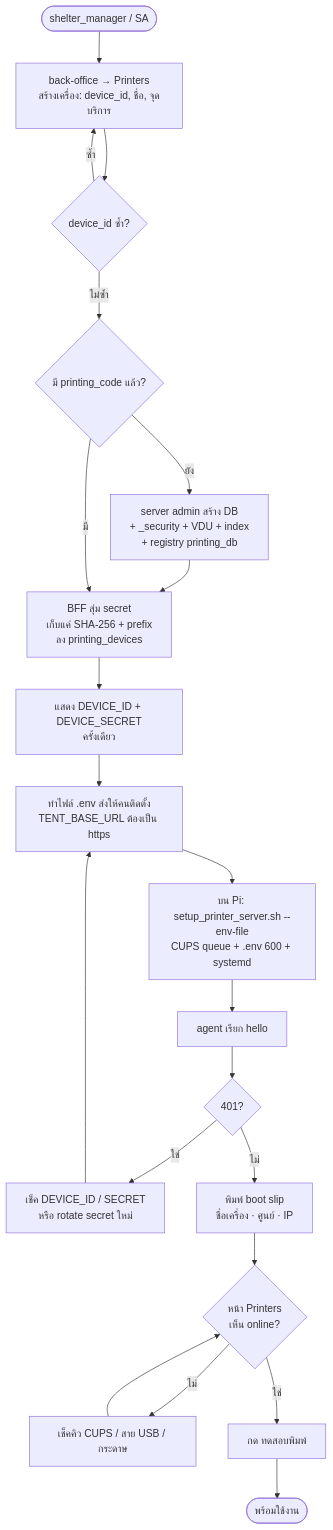
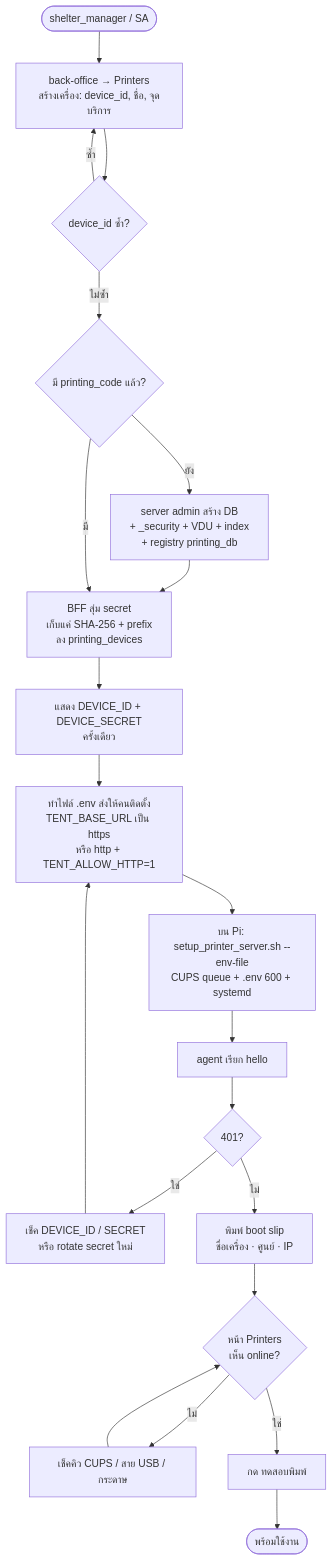
The second of 7 diagrams in docs/changes/14-kiosk/CR-222-station-print-server.md (r202-coe-psu/tent), drawn with Mermaid before and after one commit. The commit also changed other lines of this file, not shown here.

Commit message:
docs(cr-222): propose TENT_ALLOW_HTTP opt-in for edge without https

````diff
--- a/docs/changes/14-kiosk/CR-222-station-print-server.md
+++ b/docs/changes/14-kiosk/CR-222-station-print-server.md
@@ -223,19 +223,19 @@
 ```mermaid
 flowchart TD
     A([shelter_manager / SA]) --> B[back-office → Printers<br/>สร้างเครื่อง: device_id, ชื่อ, จุดบริการ]
     B --> C{device_id ซ้ำ?}
     C -- ซ้ำ --> B
     C -- ไม่ซ้ำ --> P{มี printing_code แล้ว?}
     P -- ยัง --> P1[server admin สร้าง DB<br/>+ _security + VDU + index<br/>+ registry printing_db] --> D
     P -- มี --> D[BFF สุ่ม secret<br/>เก็บแค่ SHA-256 + prefix<br/>ลง printing_devices]
     D --> E[แสดง DEVICE_ID + DEVICE_SECRET<br/>ครั้งเดียว]
-    E --> F[ทำไฟล์ .env ส่งให้คนติดตั้ง<br/>TENT_BASE_URL ต้องเป็น https]
+    E --> F[ทำไฟล์ .env ส่งให้คนติดตั้ง<br/>TENT_BASE_URL เป็น https<br/>หรือ http + TENT_ALLOW_HTTP=1]
     F --> G[บน Pi: setup_printer_server.sh --env-file<br/>CUPS queue + .env 600 + systemd]
     G --> H[agent เรียก hello]
     H --> I{401?}
     I -- ใช่ --> J[เช็ค DEVICE_ID / SECRET<br/>หรือ rotate secret ใหม่] --> F
     I -- ไม่ --> K[พิมพ์ boot slip<br/>ชื่อเครื่อง · ศูนย์ · IP]
     K --> L{หน้า Printers<br/>เห็น online?}
     L -- ไม่ --> M[เช็คคิว CUPS / สาย USB / กระดาษ] --> L
     L -- ใช่ --> N[กด ทดสอบพิมพ์] --> O([พร้อมใช้งาน])
 ```
````
